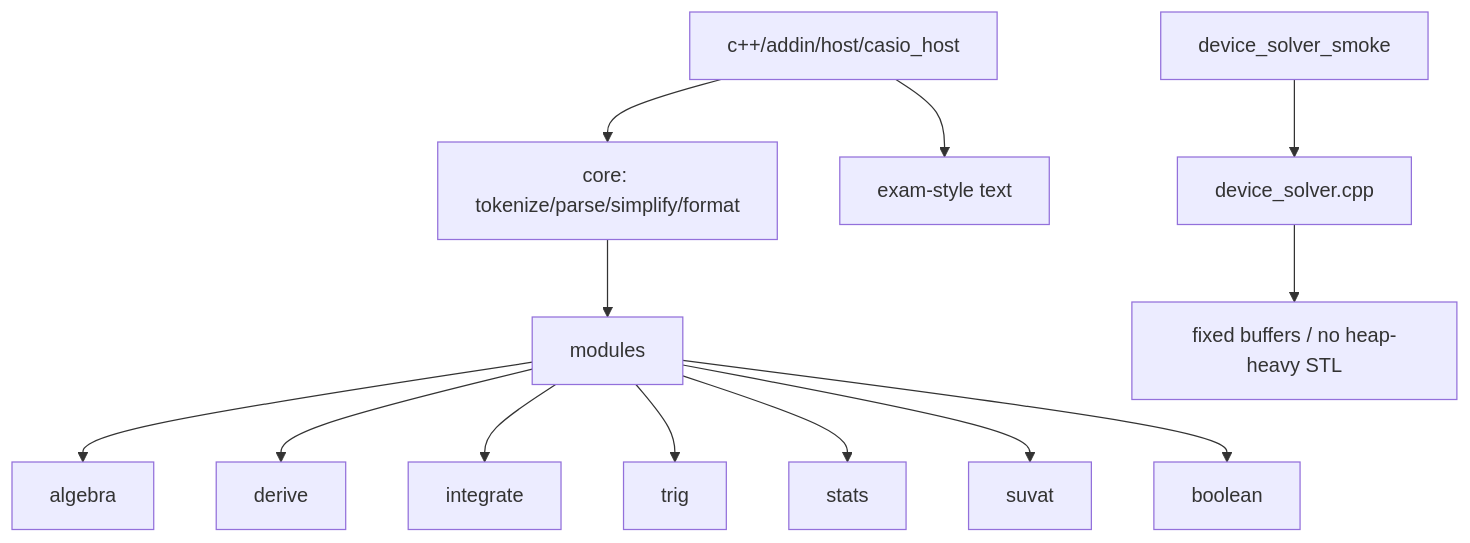
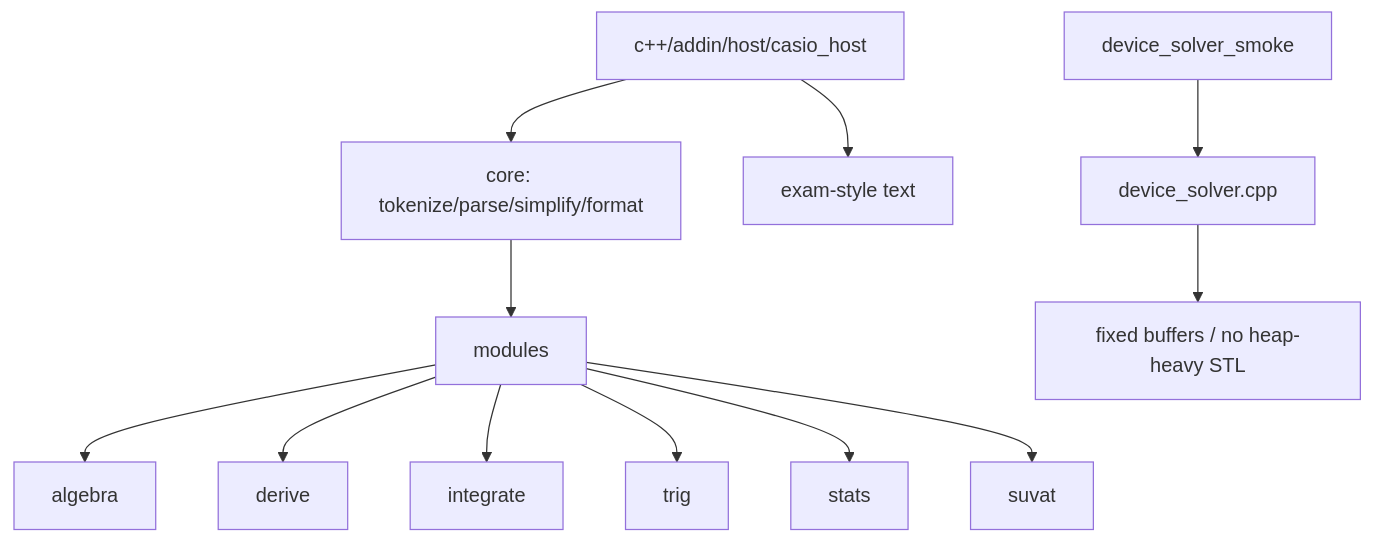
The fourth of 10 diagrams in c++/GRAPH.md (james8464/notes-addin-casio-fx-cg50), drawn with Mermaid before and after one commit. The commit also changed other lines of this file and 2 other files, not shown here.

Commit message:
Document refreshed audit corpus flow

````diff
--- a/c++/GRAPH.md
+++ b/c++/GRAPH.md
@@ -82,16 +82,15 @@
 ```mermaid
 graph TD
   Host["c++/addin/host/casio_host"] --> Core["core: tokenize/parse/simplify/format"]
   Core --> Mods["modules"]
   Mods --> Alg["algebra"]
   Mods --> Der["derive"]
   Mods --> Int["integrate"]
   Mods --> Trig["trig"]
   Mods --> Stats["stats"]
   Mods --> Suv["suvat"]
-  Mods --> Bool["boolean"]
   Host --> Out["exam-style text"]
 
   Smoke["device_solver_smoke"] --> Dev["device_solver.cpp"]
   Dev --> Fixed["fixed buffers / no heap-heavy STL"]
 ```
````
